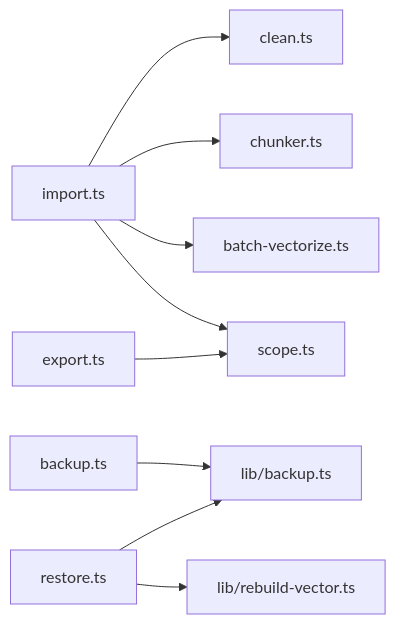
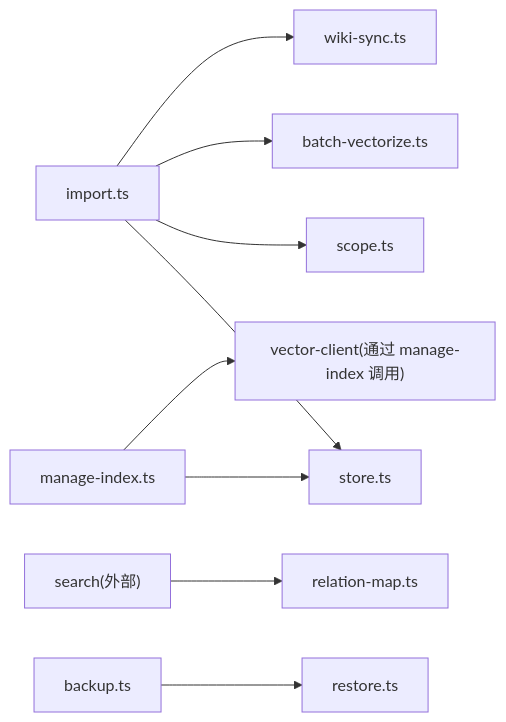
One commit to HACK-WU/kisearch changed the sixth of 6 diagrams in .qoder/repowiki/zh/content/知识库管理/知识库管理.md. Above: the diagram before and after it, drawn with Mermaid. The commit also changed other lines of this file and 623 other files, not shown here.

````diff
--- a/.qoder/repowiki/zh/content/知识库管理/知识库管理.md
+++ b/.qoder/repowiki/zh/content/知识库管理/知识库管理.md
@@ -242,11 +246,11 @@
 ```mermaid
 graph LR
-IMP["import.ts"] --> CLN["clean.ts"]
-IMP --> CHK["chunker.ts"]
-IMP --> BVEC["batch-vectorize.ts"]
-IMP --> SCO["scope.ts"]
-BKP["backup.ts"] --> LBP["lib/backup.ts"]
-RST["restore.ts"] --> LBP
-RST --> RBV["lib/rebuild-vector.ts"]
-EXP["export.ts"] --> SCO
+IMPORT["import.ts"] --> STORE["store.ts"]
+IMPORT --> SCOPE["scope.ts"]
+IMPORT --> BATCH["batch-vectorize.ts"]
+IMPORT --> WIKI["wiki-sync.ts"]
+SEARCH["search(外部)"] --> RELMAP["relation-map.ts"]
+BACKUP["backup.ts"] --> RESTORE["restore.ts"]
+MANAGE["manage-index.ts"] --> STORE
+MANAGE --> VECTOR["vector-client(通过 manage-index 调用)"]
 ```
````
